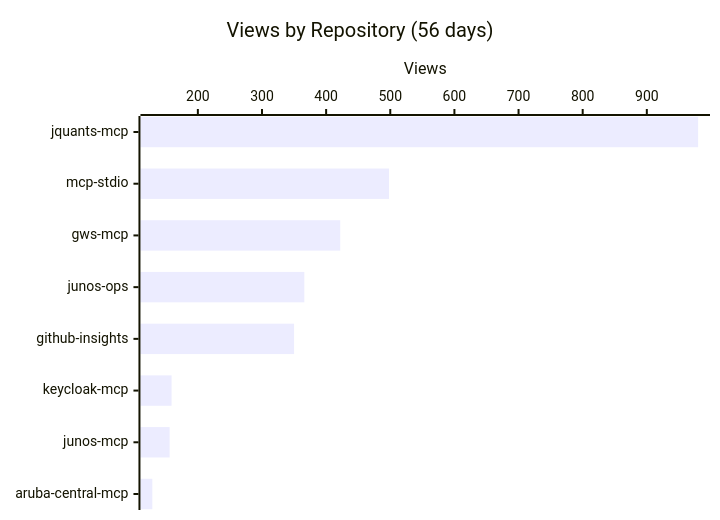
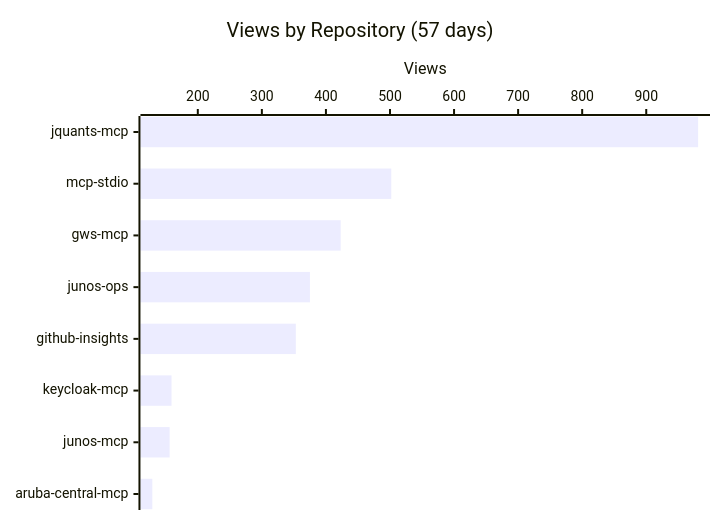
One commit to shigechika/github-insights changed the first of 3 diagrams in README.md. Above: the diagram before and after it, drawn with Mermaid. The commit also changed other lines of this file and 2 other files, not shown here.

````diff
--- a/README.md
+++ b/README.md
@@ -18,7 +18,7 @@
 ```mermaid
 xychart-beta horizontal
-    title "Views by Repository (56 days)"
+    title "Views by Repository (57 days)"
     x-axis ["jquants-mcp", "mcp-stdio", "gws-mcp", "junos-ops", "github-insights", "keycloak-mcp", "junos-mcp", "aruba-central-mcp"]
     y-axis "Views"
-    bar [980, 498, 422, 366, 350, 159, 156, 129]
+    bar [981, 502, 423, 375, 353, 159, 156, 129]
 ```
````
